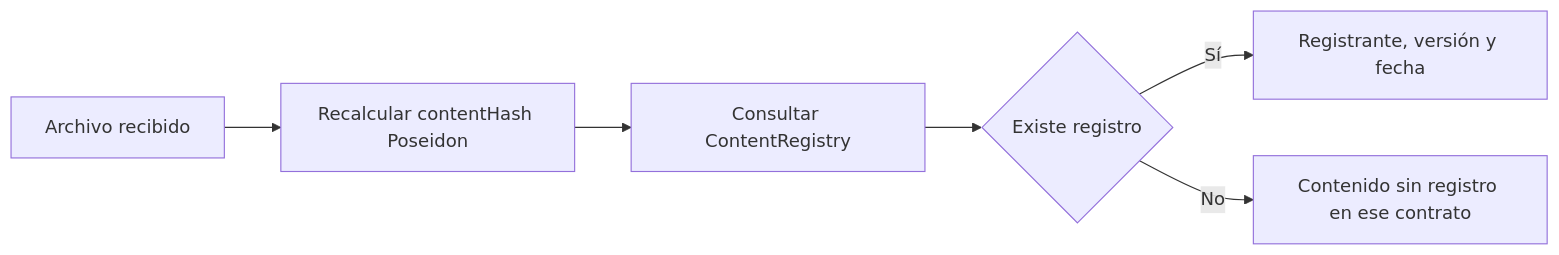
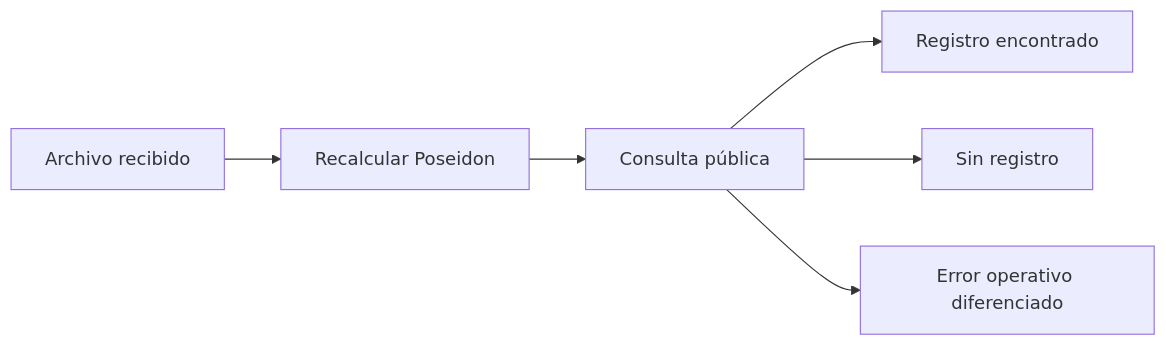
Before and after one commit to DASBCC/zkp-content-authenticity: the third of 3 diagrams in README.md, drawn with Mermaid. The commit also changed other lines of this file and 42 other files, not shown here.

Commit message:
Versión inicial completa del sitio Traza para autenticación de contenido mediante ZKPs y blockchain

````diff
--- a/README.md
+++ b/README.md
@@ -219,8 +270,8 @@
 ```mermaid
 flowchart LR
-    A[Archivo recibido] --> B[Recalcular contentHash Poseidon]
-    B --> C[Consultar ContentRegistry]
-    C --> D{Existe registro}
-    D -->|Sí| E[Registrante, versión y fecha]
-    D -->|No| F[Contenido sin registro en ese contrato]
+    A[Archivo recibido] --> B[Recalcular Poseidon]
+    B --> C[Consulta pública]
+    C --> D[Registro encontrado]
+    C --> E[Sin registro]
+    C --> F[Error operativo diferenciado]
 ```
````
